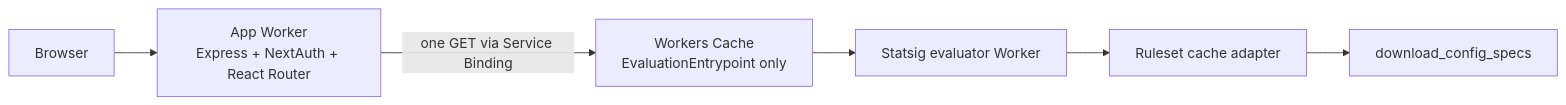
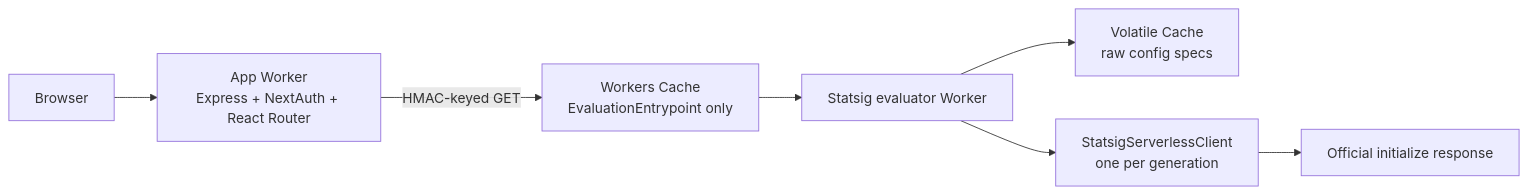
Before and after one commit to irvinebroque/reference-example-kitchen-sink: the diagram in README.md, drawn with Mermaid. The commit also changed other lines of this file and 32 other files, not shown here.

Commit message:
Use official Statsig evaluator

````diff
--- a/README.md
+++ b/README.md
@@ -44,8 +40,9 @@
 ```mermaid
 flowchart LR
     Browser --> App["App Worker\nExpress + NextAuth + React Router"]
-    App -->|"one GET via Service Binding"| Cache["Workers Cache\nEvaluationEntrypoint only"]
+    App -->|"HMAC-keyed GET"| Cache["Workers Cache\nEvaluationEntrypoint only"]
     Cache --> Evaluator["Statsig evaluator Worker"]
-    Evaluator --> Volatile["Ruleset cache adapter"]
-    Volatile --> Statsig["download_config_specs"]
+    Evaluator --> Volatile["Volatile Cache\nraw config specs"]
+    Evaluator --> SDK["StatsigServerlessClient\none per generation"]
+    SDK --> Bootstrap["Official initialize response"]
 ```
````
